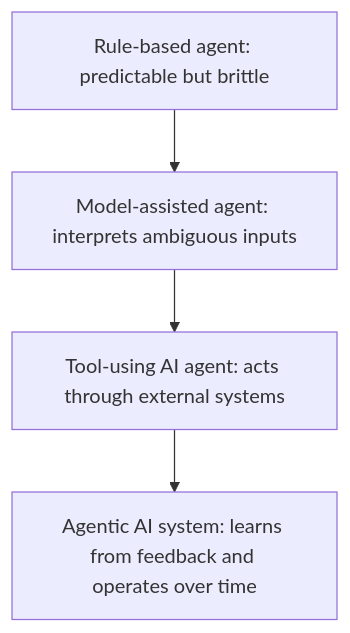
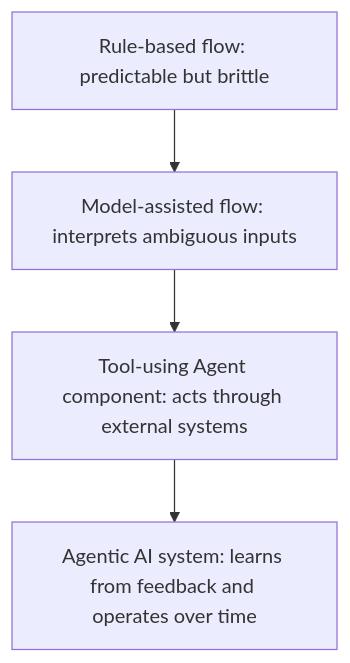
One commit to naren-allam/agents-beginners changed the second of 11 diagrams in book/chapters/chapter-02-from-agents-to-agentic-ai.md. Above: the diagram before and after it, drawn with Mermaid. The commit also changed other lines of this file and 28 other files, not shown here.

````diff
--- a/book/chapters/chapter-02-from-agents-to-agentic-ai.md
+++ b/book/chapters/chapter-02-from-agents-to-agentic-ai.md
@@ -36,11 +38,11 @@
 ```mermaid
 flowchart TD
-    Rules["Rule-based agent: predictable but brittle"]
-    Model["Model-assisted agent: interprets ambiguous inputs"]
-    Tools["Tool-using AI agent: acts through external systems"]
+    Rules["Rule-based flow: predictable but brittle"]
+    Model["Model-assisted flow: interprets ambiguous inputs"]
+    Tools["Tool-using Agent component: acts through external systems"]
     Feedback["Agentic AI system: learns from feedback and operates over time"]
 
     Rules --> Model
     Model --> Tools
     Tools --> Feedback
 ```
````
